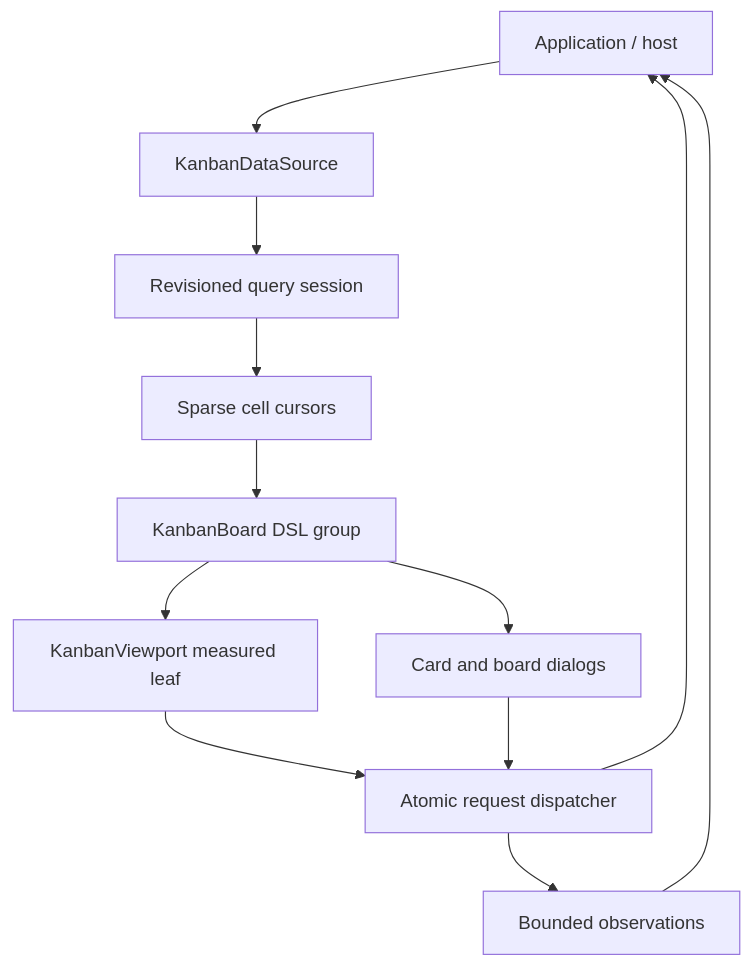
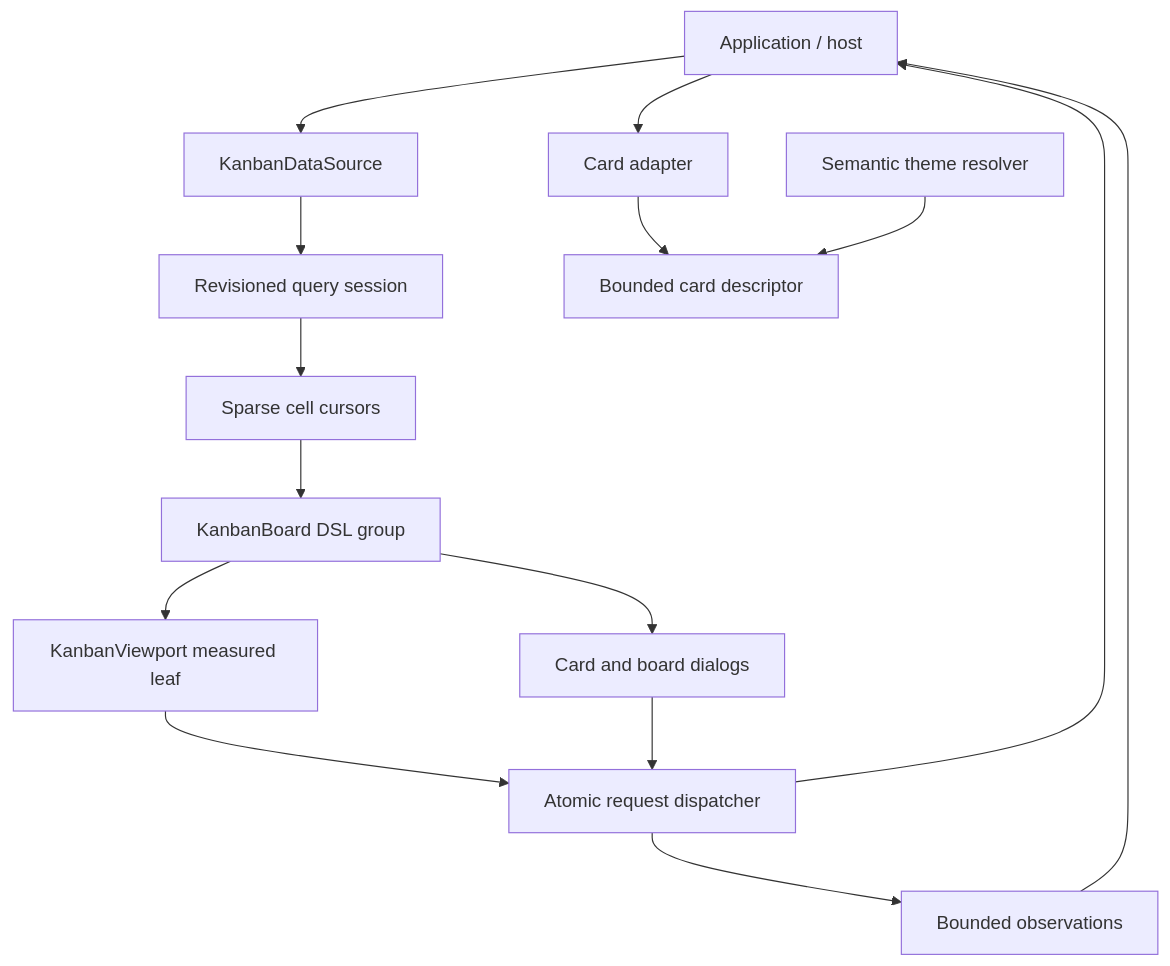
The diagram in docs/architecture/system-overview.md (blendsdk/jsvision), drawn with Mermaid before and after one commit. The commit also changed other lines of this file and 5 other files, not shown here.

First line of the commit message:
docs(kanban): record card presentation architecture

````diff
--- a/docs/architecture/system-overview.md
+++ b/docs/architecture/system-overview.md
@@ -16,24 +16,30 @@
 ```mermaid
 graph TB
     Host[Application / host]
     Source[KanbanDataSource]
     Session[Revisioned query session]
     Cursor[Sparse cell cursors]
+    Adapter[Card adapter]
+    Descriptor[Bounded card descriptor]
+    Theme[Semantic theme resolver]
     Board[KanbanBoard DSL group]
     Viewport[KanbanViewport measured leaf]
     Dialogs[Card and board dialogs]
     Requests[Atomic request dispatcher]
     Events[Bounded observations]
 
     Host --> Source
     Source --> Session
     Session --> Cursor
+    Host --> Adapter
+    Adapter --> Descriptor
+    Theme --> Descriptor
     Cursor --> Board
     Board --> Viewport
     Board --> Dialogs
     Viewport --> Requests
     Dialogs --> Requests
     Requests --> Host
     Requests --> Events
     Events --> Host
 ```
````
